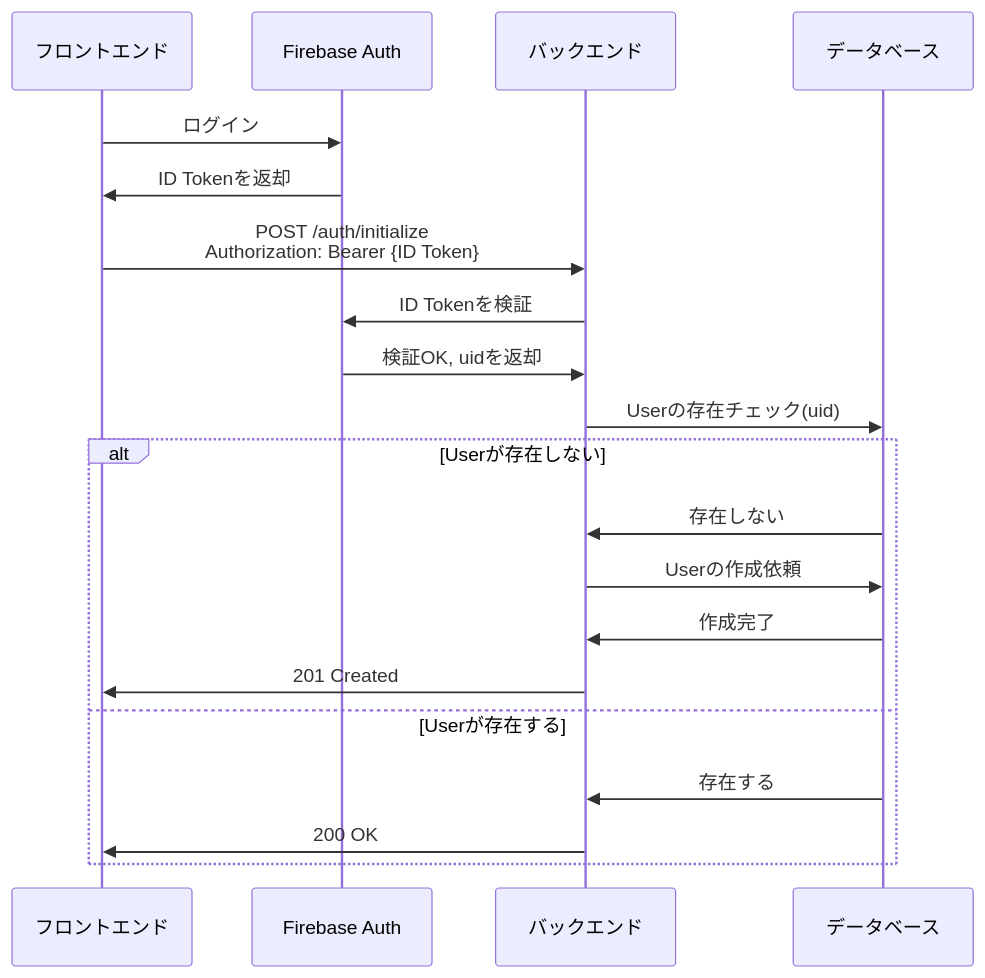
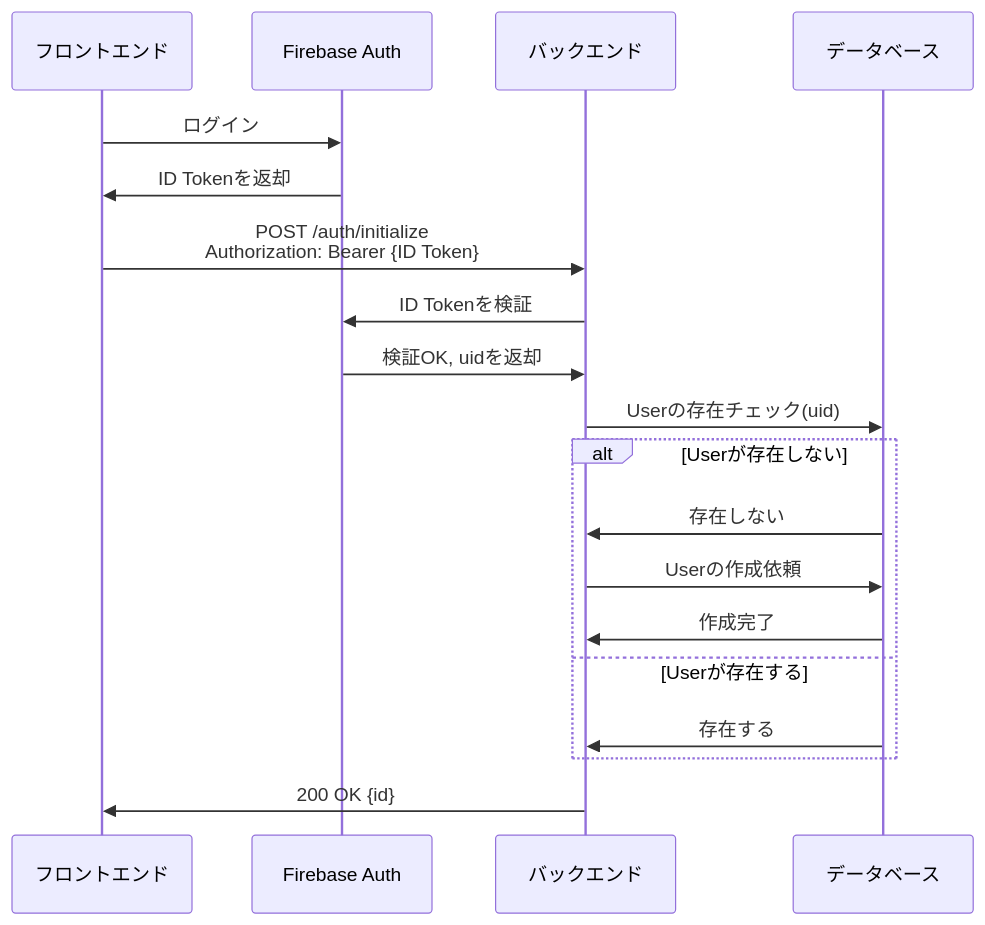
Before and after one commit to kagomen/bgm-api-springboot: the first of 5 diagrams in docs/sequence.md, drawn with Mermaid. The commit also changed 2 other files, not shown here.

Commit message:
Userテーブル作成のエンドポイントの作成

````diff
--- a/docs/sequence.md
+++ b/docs/sequence.md
@@ -7,25 +7,24 @@
 ```mermaid
 sequenceDiagram
   participant FE as フロントエンド
   participant FB as Firebase Auth
   participant BE as バックエンド
   participant DB as データベース
 
   FE->>FB: ログイン
   FB->>FE: ID Tokenを返却
 
   FE->>BE: POST /auth/initialize<br />Authorization: Bearer {ID Token}
   BE->>FB: ID Tokenを検証
   FB->>BE: 検証OK, uidを返却
   BE->>DB: Userの存在チェック(uid)
 
   alt Userが存在しない
     DB->>BE: 存在しない
     BE->>DB: Userの作成依頼
     DB->>BE: 作成完了
-    BE->>FE: 201 Created
   else Userが存在する
     DB->>BE: 存在する
-    BE->>FE: 200 OK
   end
+    BE->>FE: 200 OK {id}
 ```
````
